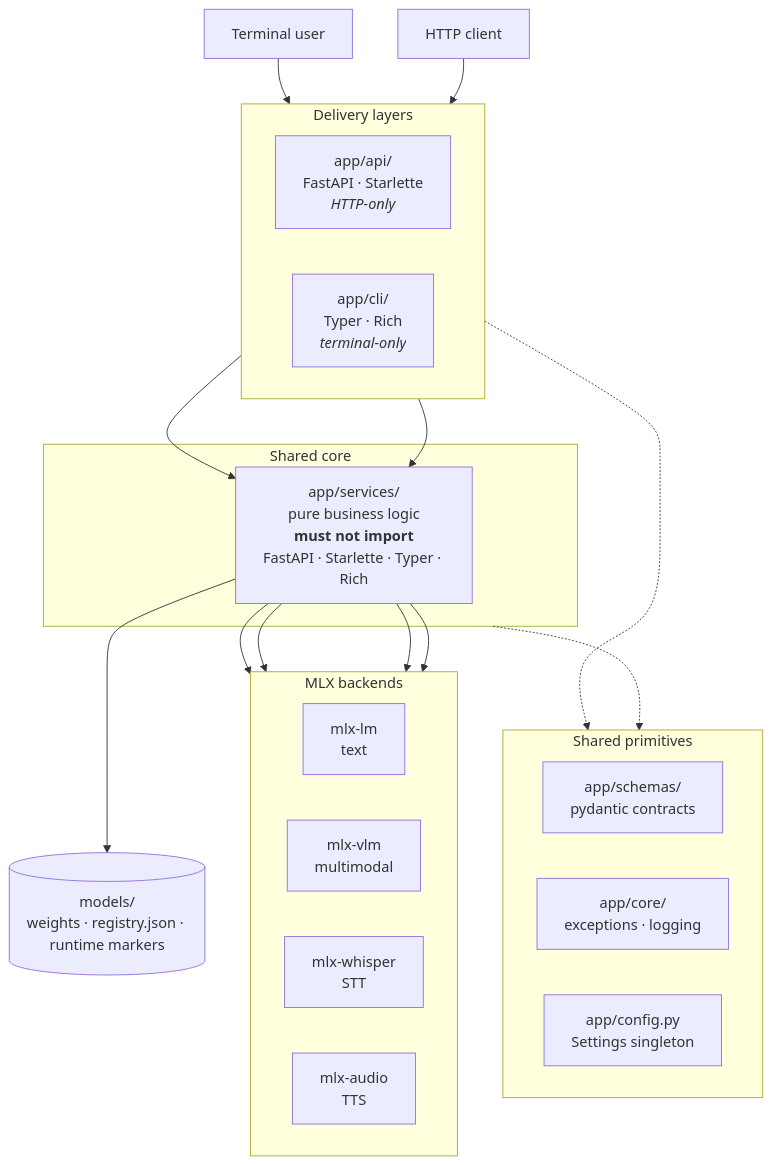
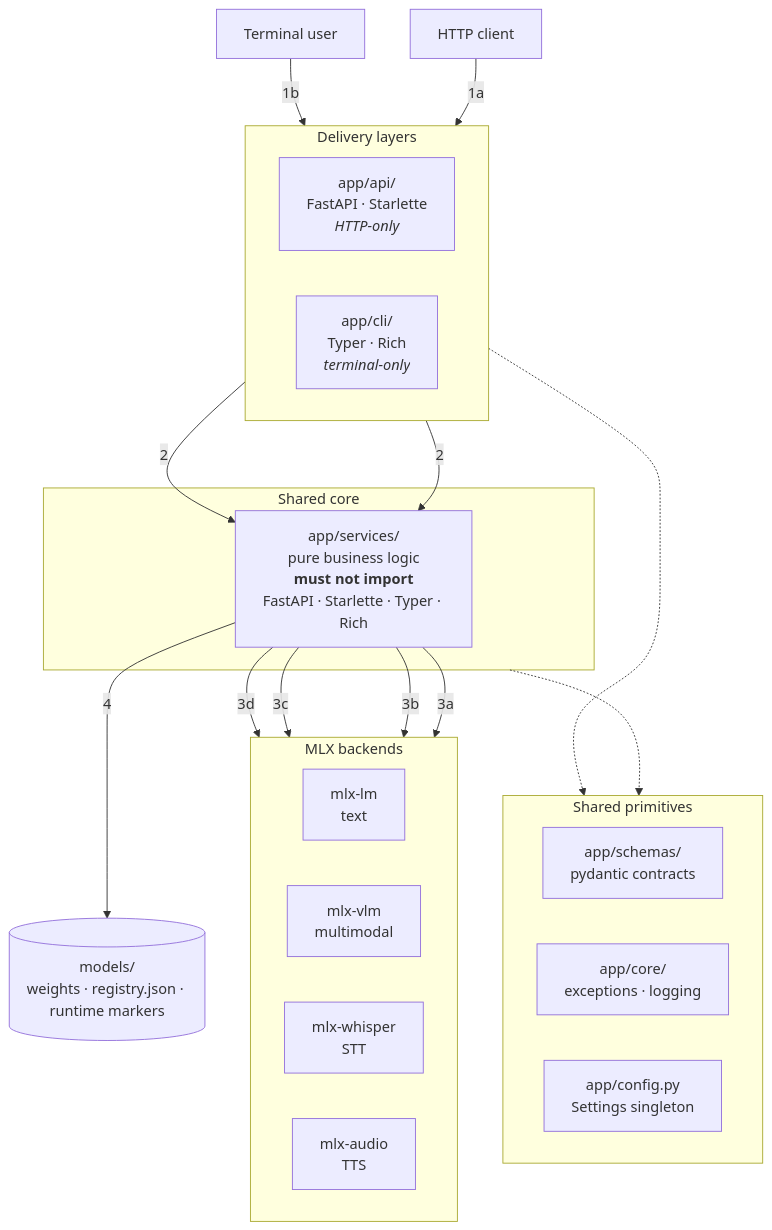
One commit to NVJ9SINGHNAVJOT/ai-service changed the second of 6 diagrams in docs/system-design.md. Above: the diagram before and after it, drawn with Mermaid. The commit also changed other lines of this file, not shown here.

Commit message:
feat: Enhance system design documentation with flow numbering and diagram examples

````diff
--- a/docs/system-design.md
+++ b/docs/system-design.md
@@ -10,44 +53,44 @@
 ```mermaid
 flowchart TD
     client["HTTP client"]
     user["Terminal user"]
 
     subgraph delivery["Delivery layers"]
         direction LR
         api["app/api/<br/>FastAPI · Starlette<br/><i>HTTP-only</i>"]
         cli["app/cli/<br/>Typer · Rich<br/><i>terminal-only</i>"]
     end
 
     subgraph core["Shared core"]
         services["app/services/<br/>pure business logic<br/><b>must not import</b><br/>FastAPI · Starlette · Typer · Rich"]
     end
 
     subgraph shared["Shared primitives"]
         direction LR
         schemas["app/schemas/<br/>pydantic contracts"]
         corepkg["app/core/<br/>exceptions · logging"]
         config["app/config.py<br/>Settings singleton"]
     end
 
     subgraph backends["MLX backends"]
         direction LR
         mlxlm["mlx-lm<br/>text"]
         mlxvlm["mlx-vlm<br/>multimodal"]
         whisper["mlx-whisper<br/>STT"]
         audio["mlx-audio<br/>TTS"]
     end
 
     disk[("models/<br/>weights · registry.json · runtime markers")]
 
-    client --> api
-    user --> cli
-    api --> services
-    cli --> services
-    services --> mlxlm
-    services --> mlxvlm
-    services --> whisper
-    services --> audio
-    services --> disk
+    client -->|1a| api
+    user -->|1b| cli
+    api -->|2| services
+    cli -->|2| services
+    services -->|3a| mlxlm
+    services -->|3b| mlxvlm
+    services -->|3c| whisper
+    services -->|3d| audio
+    services -->|4| disk
     delivery -.-> shared
     core -.-> shared
 ```
````
